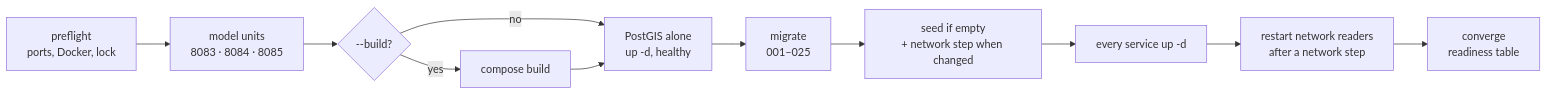
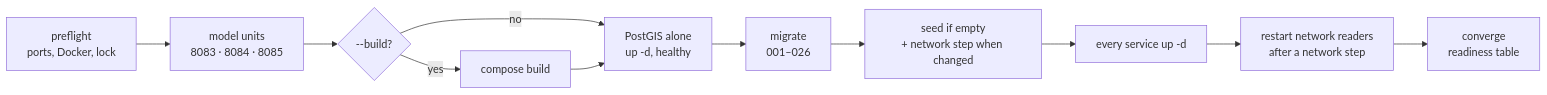
Before and after one commit to shubro18202758/sahoshi: the third of 14 diagrams in docs/TECHNICAL_DESIGN.md, drawn with Mermaid. The commit also changed other lines of this file and 219 other files, not shown here.

````diff
--- a/docs/TECHNICAL_DESIGN.md
+++ b/docs/TECHNICAL_DESIGN.md
@@ -281,13 +281,13 @@
 ```mermaid
 flowchart LR
     pre["preflight<br/>ports, Docker, lock"] --> mu["model units<br/>8083 · 8084 · 8085"]
     mu --> b{"--build?"}
     b -->|yes| build["compose build"]
     b -->|no| pg
     build --> pg["PostGIS alone<br/>up -d, healthy"]
-    pg --> mig["migrate<br/>001–025"]
+    pg --> mig["migrate<br/>001–026"]
     mig --> seed["seed if empty<br/>+ network step when changed"]
     seed --> up["every service up -d"]
     up --> rs["restart network readers<br/>after a network step"]
     rs --> conv["converge<br/>readiness table"]
 ```
````
